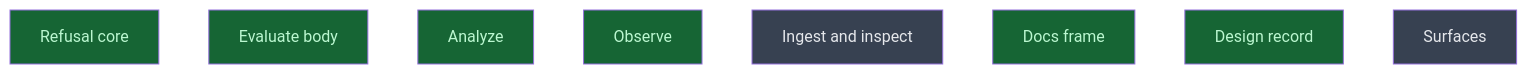
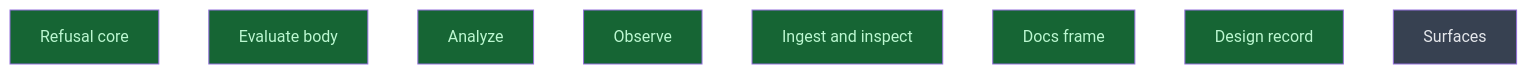
One commit to CrackingShells/Candler changed the diagram in __roadmap__/m3-lean-cli/verbs/README.md. Above: the diagram before and after it, drawn with Mermaid. The commit also changed other lines of this file and 1 other file, not shown here.

Commit message:
rdm(cli): mark ingest_inspect done and widen evaluate_verb's paths
L1 is complete. evaluate_verb removes or changes the evaluate options
that guard_cli_surface.rs lists as pending stamps, so those entries join
its owned paths and its G-text exception.

````diff
--- a/__roadmap__/m3-lean-cli/verbs/README.md
+++ b/__roadmap__/m3-lean-cli/verbs/README.md
@@ -28,16 +28,16 @@
 ```mermaid
 graph TD
     refusal_core[Refusal core]:::done
     evaluate_body[Evaluate body]:::done
     analyze[Analyze]:::done
     observe[Observe]:::done
-    ingest_inspect[Ingest and inspect]:::planned
+    ingest_inspect[Ingest and inspect]:::done
     docs_frame[Docs frame]:::done
     design_record[Design record]:::done
     surfaces[Surfaces]:::planned
     classDef done       fill:#166534,color:#bbf7d0
     classDef inprogress fill:#854d0e,color:#fef08a
     classDef planned    fill:#374151,color:#e5e7eb
     classDef amendment  fill:#1e3a5f,color:#bfdbfe
     classDef blocked    fill:#7f1d1d,color:#fecaca
 ```
````
